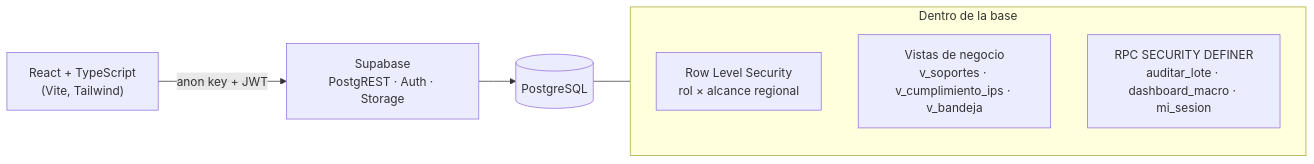
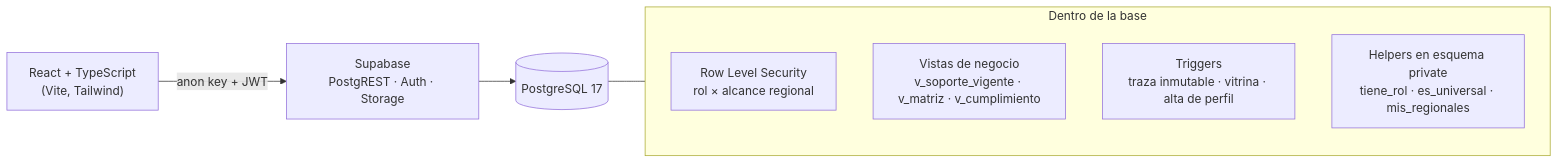
One commit to nicosanoc/reddoc-360 changed the diagram in README.md. Above: the diagram before and after it, drawn with Mermaid. The commit also changed other lines of this file and 12 other files, not shown here.

````diff
--- a/README.md
+++ b/README.md
@@ -29,11 +29,12 @@
 ```mermaid
 flowchart LR
     UI["React + TypeScript<br/>(Vite, Tailwind)"] -->|anon key + JWT| API["Supabase<br/>PostgREST · Auth · Storage"]
-    API --> DB[("PostgreSQL")]
+    API --> DB[("PostgreSQL 17")]
     subgraph DB_detalle["Dentro de la base"]
       RLS["Row Level Security<br/>rol × alcance regional"]
-      VIEWS["Vistas de negocio<br/>v_soportes · v_cumplimiento_ips · v_bandeja"]
-      RPC["RPC SECURITY DEFINER<br/>auditar_lote · dashboard_macro · mi_sesion"]
+      VIEWS["Vistas de negocio<br/>v_soporte_vigente · v_matriz · v_cumplimiento"]
+      TRG["Triggers<br/>traza inmutable · vitrina · alta de perfil"]
+      FN["Helpers en esquema private<br/>tiene_rol · es_universal · mis_regionales"]
     end
     DB --- DB_detalle
 ```
````
